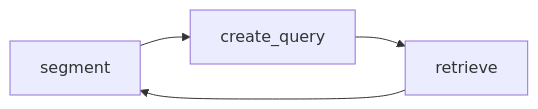
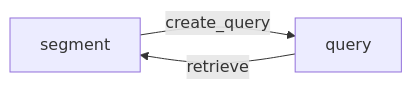
Before and after one commit to jsqr/jsqr.github.io: the diagram in ref/self-supervised-retrieval-eval.qmd, drawn with Mermaid. The commit also changed other lines of this file and 22 other files, not shown here.

````diff
--- a/ref/self-supervised-retrieval-eval.qmd
+++ b/ref/self-supervised-retrieval-eval.qmd
@@ -23,6 +25,5 @@
 ```{mermaid}
 graph LR
-    segment --> create_query
-    create_query --> retrieve
-    retrieve --> segment
+    segment -- create_query --> query
+    query -- retrieve --> segment
 ```
````
